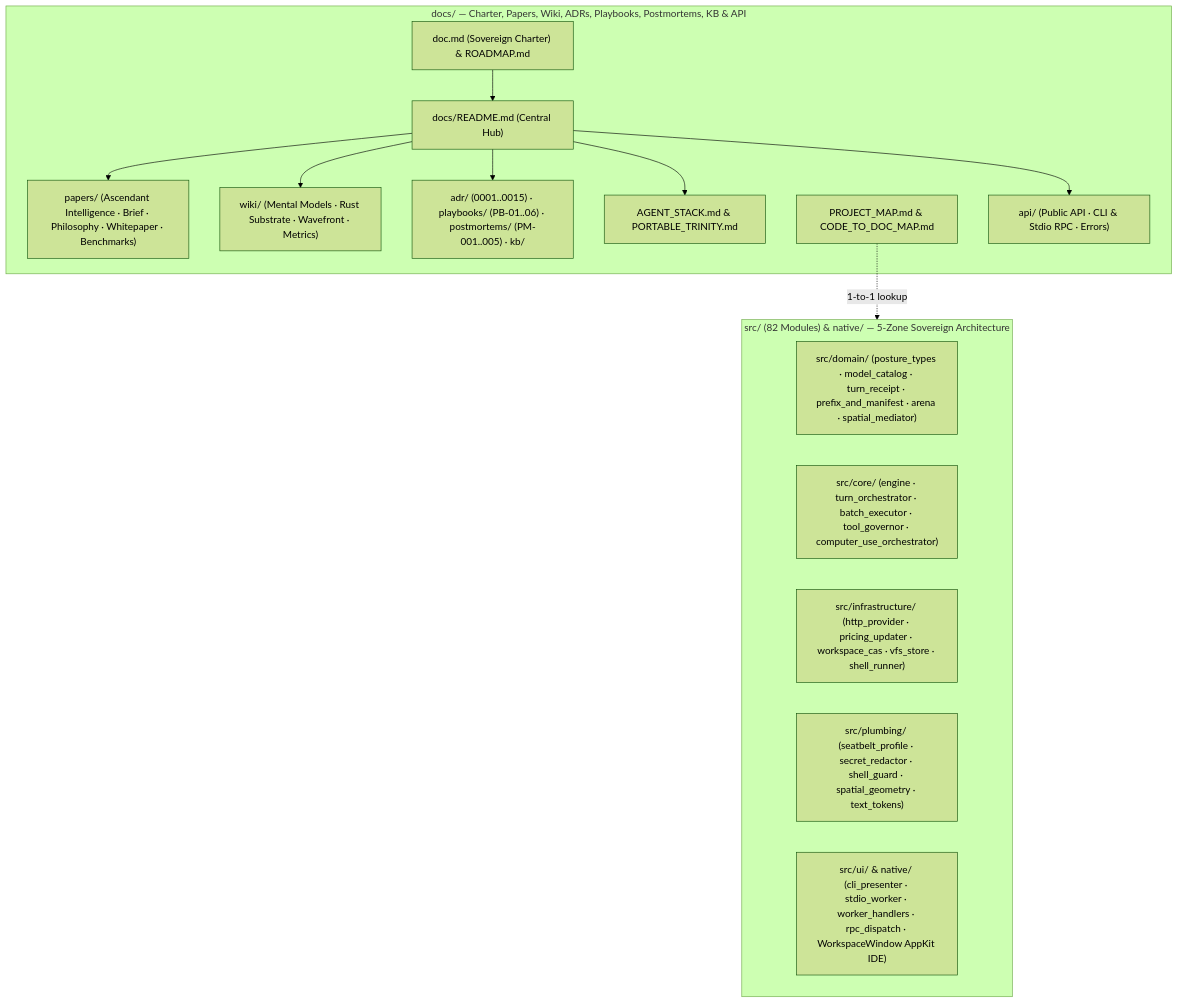
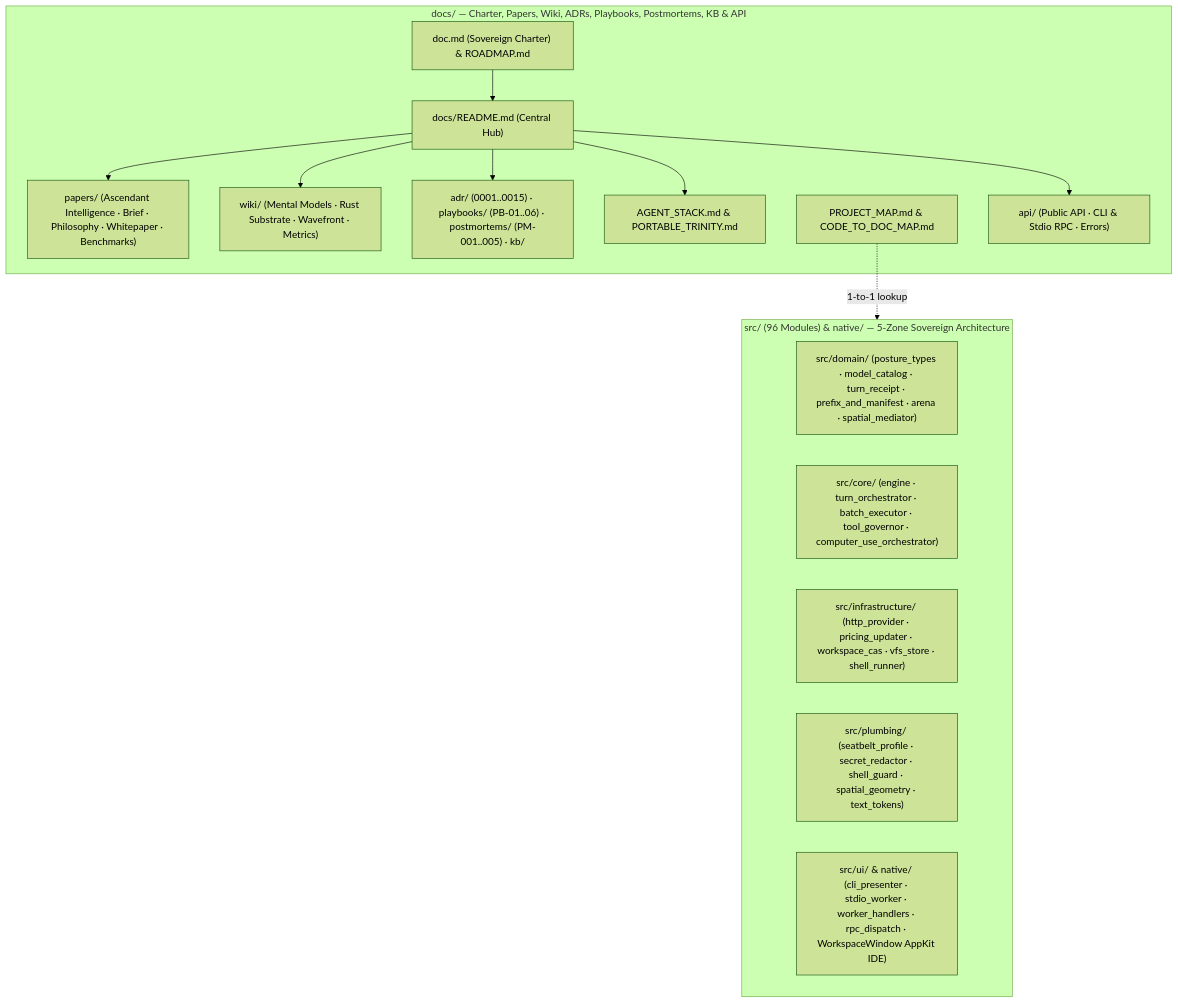
The diagram in docs/README.md (CardSorting/HEAV3NS-MICRO), drawn with Mermaid (forest theme) before and after one commit. The commit also changed other lines of this file and 34 other files, not shown here.

````diff
--- a/docs/README.md
+++ b/docs/README.md
@@ -109,27 +109,27 @@
 ```mermaid
 flowchart TB
   subgraph docs ["docs/ — Charter, Papers, Wiki, ADRs, Playbooks, Postmortems, KB & API"]
     CHARTER["doc.md (Sovereign Charter) & ROADMAP.md"]
     README["docs/README.md (Central Hub)"]
     PAP["papers/ (Ascendant Intelligence · Brief · Philosophy · Whitepaper · Benchmarks)"]
     WIKI["wiki/ (Mental Models · Rust Substrate · Wavefront · Metrics)"]
     MEM["adr/ (0001..0015) · playbooks/ (PB-01..06) · postmortems/ (PM-001..005) · kb/"]
     STACK["AGENT_STACK.md & PORTABLE_TRINITY.md"]
     MAP["PROJECT_MAP.md & CODE_TO_DOC_MAP.md"]
     API["api/ (Public API · CLI & Stdio RPC · Errors)"]
   end
-  subgraph code ["src/ (82 Modules) & native/ — 5-Zone Sovereign Architecture"]
+  subgraph code ["src/ (96 Modules) & native/ — 5-Zone Sovereign Architecture"]
     DOM["src/domain/ (posture_types · model_catalog · turn_receipt · prefix_and_manifest · arena · spatial_mediator)"]
     CORE["src/core/ (engine · turn_orchestrator · batch_executor · tool_governor · computer_use_orchestrator)"]
     INFRA["src/infrastructure/ (http_provider · pricing_updater · workspace_cas · vfs_store · shell_runner)"]
     PLUMB["src/plumbing/ (seatbelt_profile · secret_redactor · shell_guard · spatial_geometry · text_tokens)"]
     UI["src/ui/ & native/ (cli_presenter · stdio_worker · worker_handlers · rpc_dispatch · WorkspaceWindow AppKit IDE)"]
   end
   CHARTER --> README
   README --> PAP
   README --> WIKI
   README --> MEM
   README --> STACK
   README --> API
   MAP -.->|1-to-1 lookup| code
 ```
````
